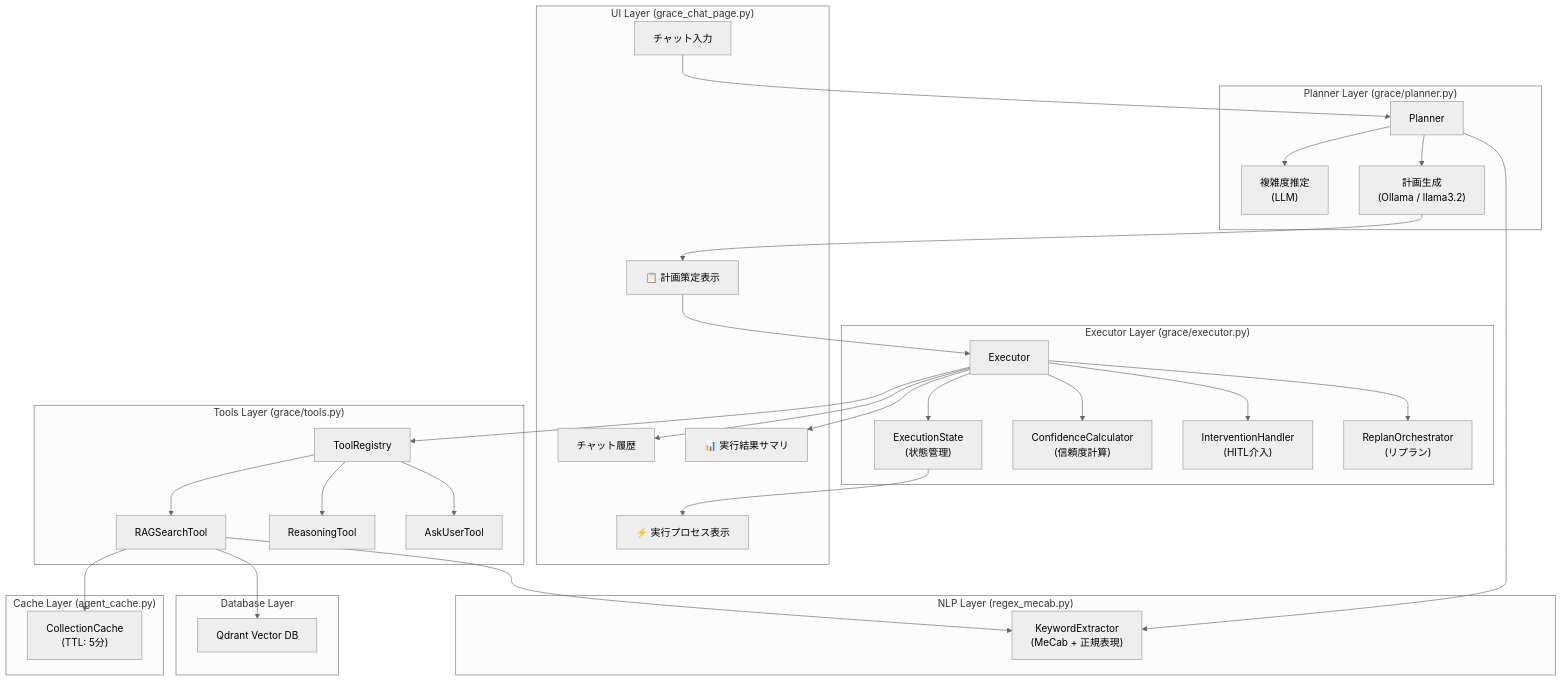
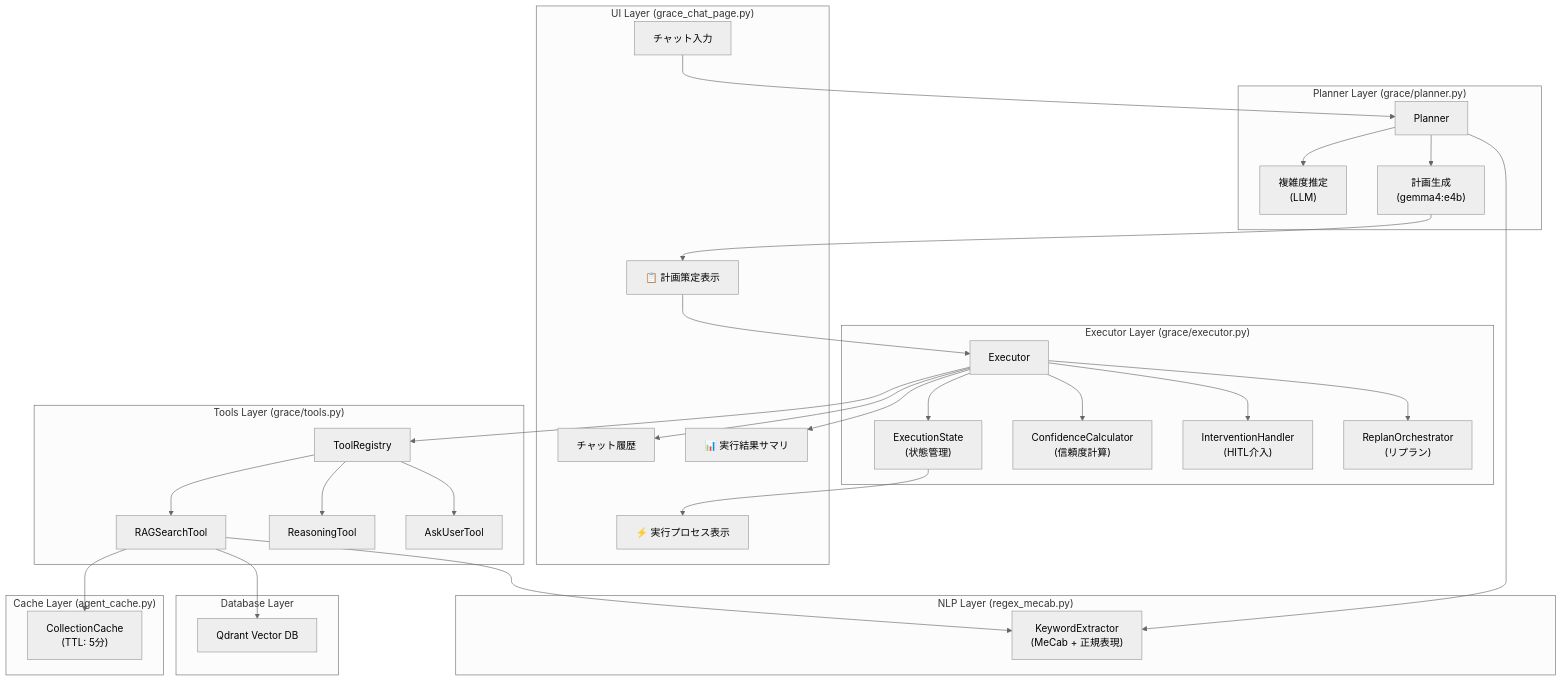
The first of 13 diagrams in readme_autonomous_agent.md (nakashima2toshio/ollama_grace_agent), drawn with Mermaid (neutral theme) before and after one commit. The commit also changed other lines of this file and 5 other files, not shown here.

First line of the commit message:
docs: update default model from llama3.2 to gemma4:e4b in all docs

````diff
--- a/readme_autonomous_agent.md
+++ b/readme_autonomous_agent.md
@@ -73,64 +73,64 @@
 ```mermaid
 flowchart TB
     subgraph UI["UI Layer (grace_chat_page.py)"]
         ChatInput["チャット入力"]
         ChatHistory["チャット履歴"]
         PlanView["📋 計画策定表示"]
         ExecView["⚡ 実行プロセス表示"]
         ResultView["📊 実行結果サマリ"]
     end
 
     subgraph Planner_Layer["Planner Layer (grace/planner.py)"]
         Planner["Planner"]
         ComplexityEstimator["複雑度推定<br/>(LLM)"]
-        PlanGeneration["計画生成<br/>(Ollama / llama3.2)"]
+        PlanGeneration["計画生成<br/>(gemma4:e4b)"]
     end
 
     subgraph Executor_Layer["Executor Layer (grace/executor.py)"]
         Executor["Executor"]
         StateManager["ExecutionState<br/>(状態管理)"]
         ConfCalc["ConfidenceCalculator<br/>(信頼度計算)"]
         IntHandler["InterventionHandler<br/>(HITL介入)"]
         ReplanOrch["ReplanOrchestrator<br/>(リプラン)"]
     end
 
     subgraph Tools["Tools Layer (grace/tools.py)"]
         ToolRegistry["ToolRegistry"]
         RAGSearch["RAGSearchTool"]
         Reasoning["ReasoningTool"]
         AskUser["AskUserTool"]
     end
 
     subgraph Cache["Cache Layer (agent_cache.py)"]
         CollectionCache["CollectionCache<br/>(TTL: 5分)"]
     end
 
     subgraph NLP["NLP Layer (regex_mecab.py)"]
         KeywordExtractor["KeywordExtractor<br/>(MeCab + 正規表現)"]
     end
 
     subgraph DB["Database Layer"]
         Qdrant["Qdrant Vector DB"]
     end
 
     ChatInput --> Planner
     Planner --> ComplexityEstimator
     Planner --> PlanGeneration
     PlanGeneration --> PlanView
     PlanView --> Executor
     Executor --> StateManager
     Executor --> ConfCalc
     Executor --> IntHandler
     Executor --> ReplanOrch
     Executor --> ToolRegistry
     ToolRegistry --> RAGSearch
     ToolRegistry --> Reasoning
     ToolRegistry --> AskUser
     RAGSearch --> CollectionCache
     RAGSearch --> Qdrant
     Planner --> KeywordExtractor
     RAGSearch --> KeywordExtractor
     StateManager --> ExecView
     Executor --> ResultView
     Executor --> ChatHistory
 ```
````
